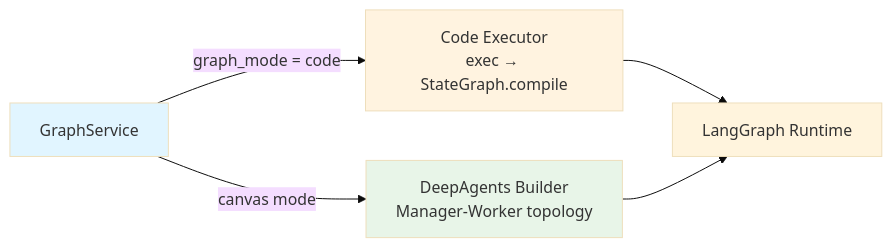
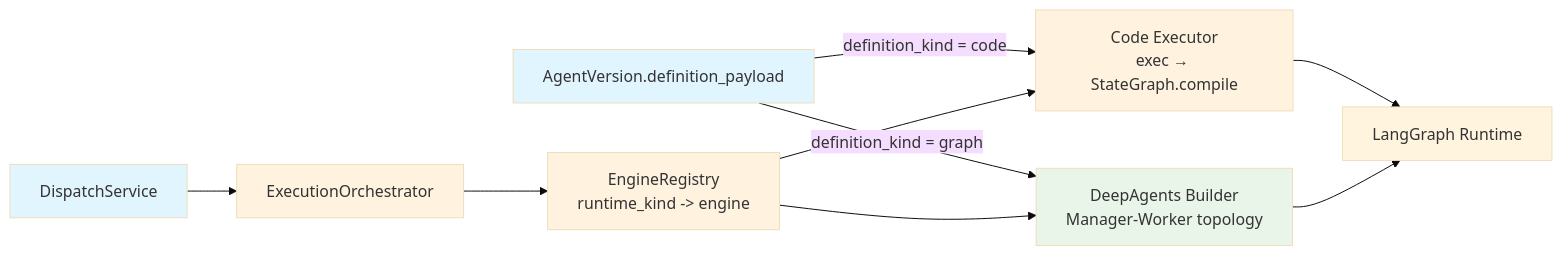
Before and after one commit to jd-opensource/JoySafeter: the second of 7 diagrams in docs/ARCHITECTURE.md, drawn with Mermaid (base theme). The commit also changed other lines of this file and 2 other files, not shown here.

Commit message:
docs: refresh architecture for agent execution model

````diff
--- a/docs/ARCHITECTURE.md
+++ b/docs/ARCHITECTURE.md
@@ -107,12 +111,19 @@
 ```mermaid
 flowchart LR
-    Service[GraphService] -->|graph_mode = code| CodeExec[Code Executor<br/>exec → StateGraph.compile]
-    Service -->|canvas mode| DeepBuilder[DeepAgents Builder<br/>Manager-Worker topology]
+    Version[AgentVersion.definition_payload] -->|definition_kind = code| CodeExec[Code Executor<br/>exec → StateGraph.compile]
+    Version -->|definition_kind = graph| DeepBuilder[DeepAgents Builder<br/>Manager-Worker topology]
+    Dispatch[DispatchService] --> Orchestrator[ExecutionOrchestrator]
+    Orchestrator --> Registry[EngineRegistry<br/>runtime_kind -> engine]
+    Registry --> CodeExec
+    Registry --> DeepBuilder
 
     CodeExec --> LangGraph[LangGraph Runtime]
     DeepBuilder --> LangGraph
 
-    style Service fill:#e1f5ff
+    style Version fill:#e1f5ff
+    style Dispatch fill:#e1f5ff
+    style Orchestrator fill:#fff3e0
+    style Registry fill:#fff3e0
     style CodeExec fill:#fff3e0
     style DeepBuilder fill:#e8f5e8
 ```
````
